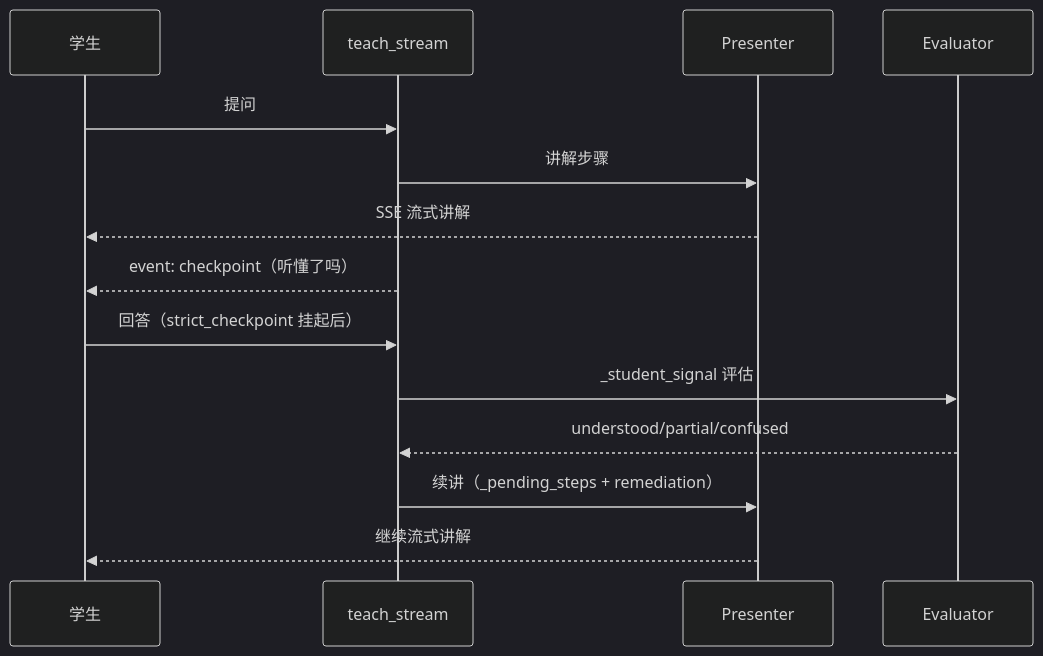
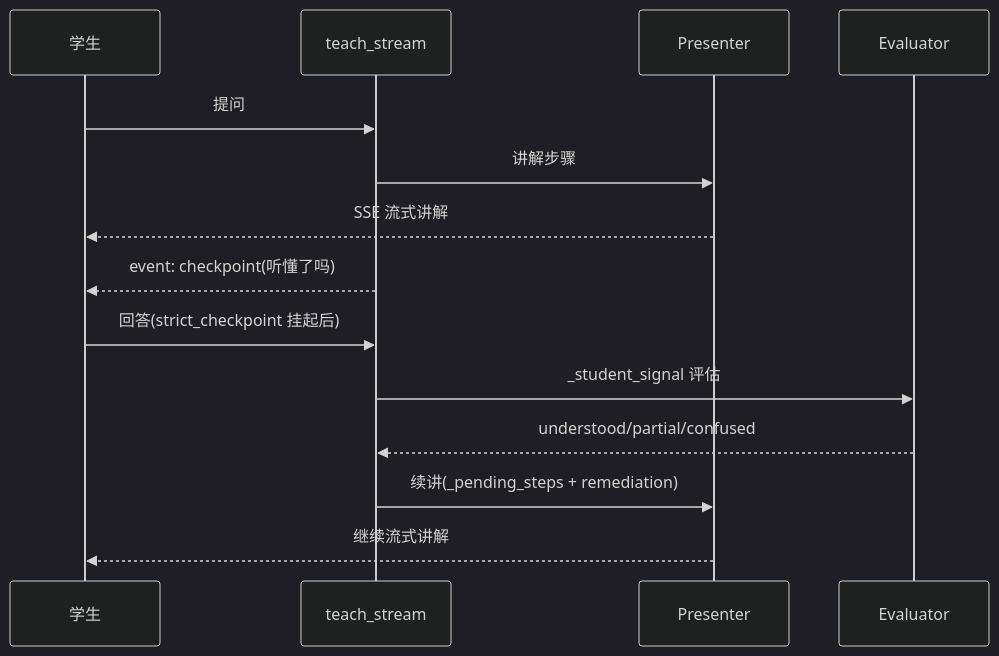
The seventh of 17 diagrams in PAEG技术说明.md (Golden2002/PAEG), drawn with Mermaid (dark theme) before and after one commit. The commit also changed other lines of this file and 3 other files, not shown here.

Commit message:
v0.71 最终排版修复(Oracle+visual多轮+用户洞察): ①节点文字标签背景与节点同色(淡紫#eef0ff)消除紫底白框冲突 ②截图前JS强制SVG白底(深色背景rgb31,41,55根因) ③去掉max-height消除print高度塌陷 ④图2改LR分栏式 ⑤sequenceDiagram归normal ⑥封面版本v0.71 ⑦27页

````diff
--- a/PAEG技术说明.md
+++ b/PAEG技术说明.md
@@ -324,16 +328,16 @@
 ```mermaid
 sequenceDiagram
     participant S as 学生
     participant T as teach_stream
     participant P as Presenter
     participant E as Evaluator
     S->>T: 提问
     T->>P: 讲解步骤
     P-->>S: SSE 流式讲解
-    T-->>S: event: checkpoint（听懂了吗）
-    S->>T: 回答（strict_checkpoint 挂起后）
+    T-->>S: event: checkpoint(听懂了吗)
+    S->>T: 回答(strict_checkpoint 挂起后)
     T->>E: _student_signal 评估
     E-->>T: understood/partial/confused
-    T->>P: 续讲（_pending_steps + remediation）
+    T->>P: 续讲(_pending_steps + remediation)
     P-->>S: 继续流式讲解
 ```
````
